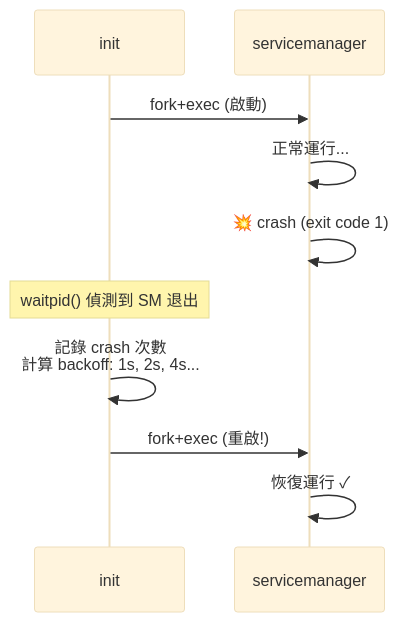
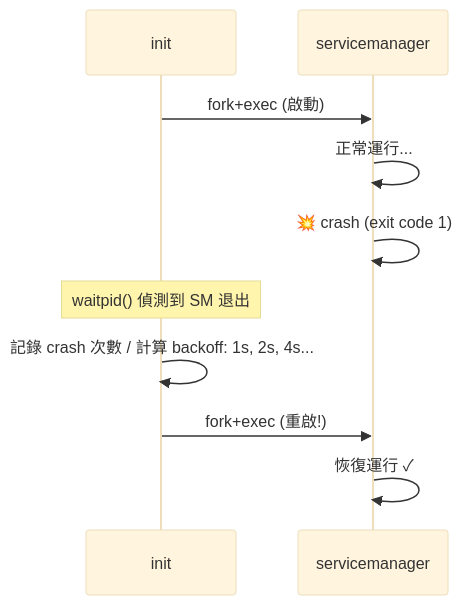
The fifth of 26 diagrams in docs/learning-guide.md (Owen771/mini-AOSP), drawn with Mermaid (base theme) before and after one commit. The commit also changed other lines of this file and 34 other files, not shown here.

````diff
--- a/docs/learning-guide.md
+++ b/docs/learning-guide.md
@@ -463,15 +488,15 @@
 ```mermaid
 sequenceDiagram
-    participant I as init
-    participant SM as servicemanager
+ participant I as init
+ participant SM as servicemanager
 
-    I->>SM: fork+exec (啟動)
-    SM->>SM: 正常運行...
-    SM->>SM: 💥 crash (exit code 1)
+ I->>SM: fork+exec (啟動)
+ SM->>SM: 正常運行...
+ SM->>SM: 💥 crash (exit code 1)
 
-    Note over I: waitpid() 偵測到 SM 退出
+ Note over I: waitpid() 偵測到 SM 退出
 
-    I->>I: 記錄 crash 次數<br/>計算 backoff: 1s, 2s, 4s...
-    I->>SM: fork+exec (重啟!)
-    SM->>SM: 恢復運行 ✓
+ I->>I: 記錄 crash 次數 / 計算 backoff: 1s, 2s, 4s...
+ I->>SM: fork+exec (重啟!)
+ SM->>SM: 恢復運行 ✓
 ```
````
